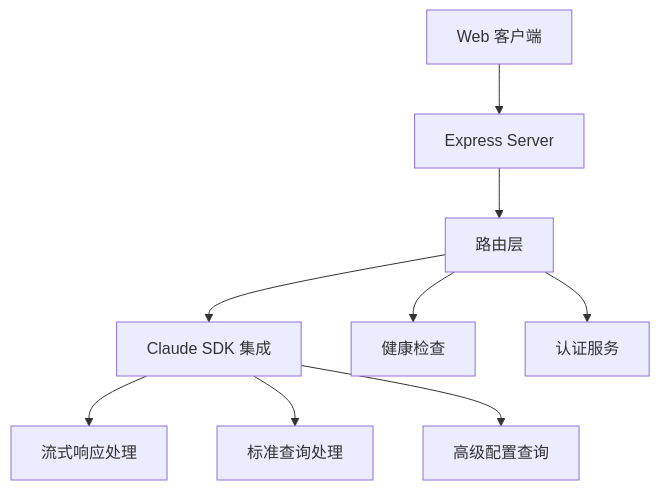
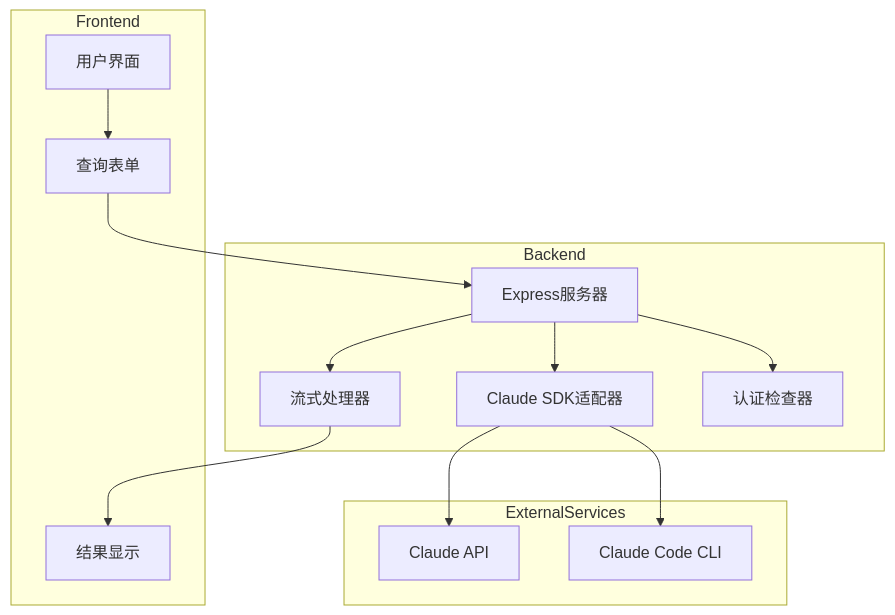
Before and after one commit to danielli0522/cc-sdk-demo: the first of 5 diagrams in demo-real/demo-real-Technical-Overview.md, drawn with Mermaid. The commit also changed other lines of this file and 44 other files, not shown here.

````diff
--- a/demo-real/demo-real-Technical-Overview.md
+++ b/demo-real/demo-real-Technical-Overview.md
@@ -36,11 +46,29 @@
 ```mermaid
 graph TD
-    A[Web 客户端] --> B[Express Server]
-    B --> C[路由层]
-    C --> D[Claude SDK 集成]
-    C --> E[健康检查]
-    C --> F[认证服务]
-    D --> G[流式响应处理]
-    D --> H[标准查询处理]
-    D --> I[高级配置查询]
+    subgraph Frontend
+        UI[用户界面]
+        QueryForm[查询表单]
+        ResultDisplay[结果显示]
+    end
+    
+    subgraph Backend
+        Server[Express服务器]
+        SDKAdapter[Claude SDK适配器]
+        StreamHandler[流式处理器]
+        AuthChecker[认证检查器]
+    end
+    
+    subgraph ExternalServices
+        ClaudeAPI[Claude API]
+        CLITool[Claude Code CLI]
+    end
+    
+    UI --> QueryForm
+    QueryForm --> Server
+    Server --> SDKAdapter
+    SDKAdapter --> ClaudeAPI
+    SDKAdapter --> CLITool
+    StreamHandler --> ResultDisplay
+    Server --> AuthChecker
+    Server --> StreamHandler
 ```
````
